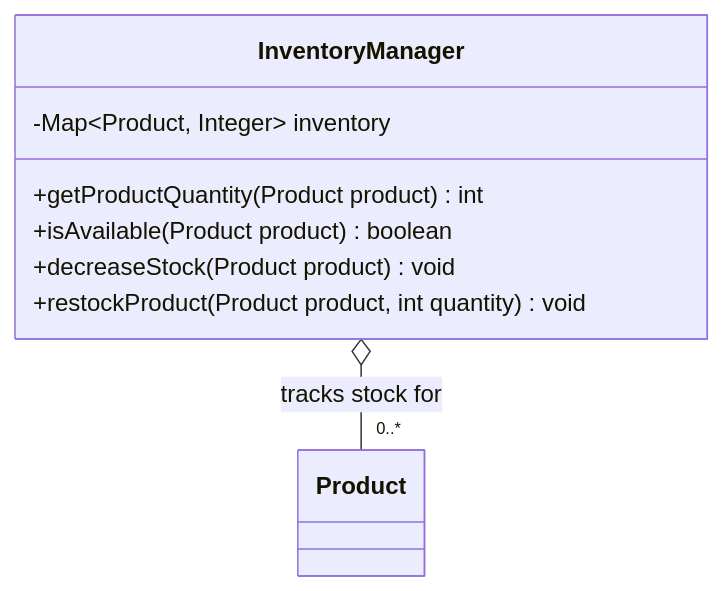
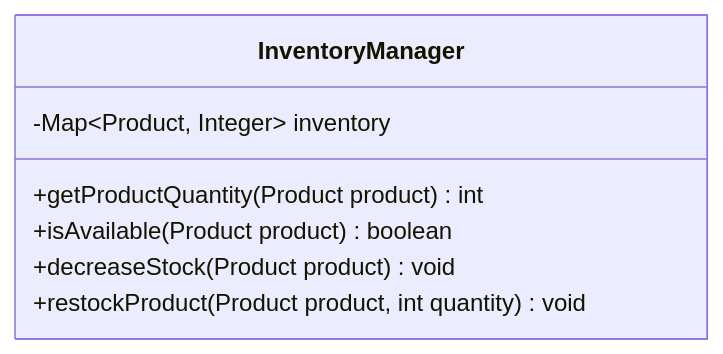
The third of 11 diagrams in app/blog/posts/vending-machine-system.mdx (NishchayAnand/relevant-client), drawn with Mermaid before and after one commit. The commit also changed other lines of this file and 4 other files, not shown here.

````diff
--- a/app/blog/posts/vending-machine-system.mdx
+++ b/app/blog/posts/vending-machine-system.mdx
@@ -75,12 +132,10 @@
 ```mermaid
 classDiagram
     class InventoryManager {
         -Map~Product, Integer~ inventory
         +getProductQuantity(Product product) int
         +isAvailable(Product product) boolean
         +decreaseStock(Product product) void
         +restockProduct(Product product, int quantity) void
     }
-
-    InventoryManager o-- "0..*" Product : tracks stock for
 ```
````
